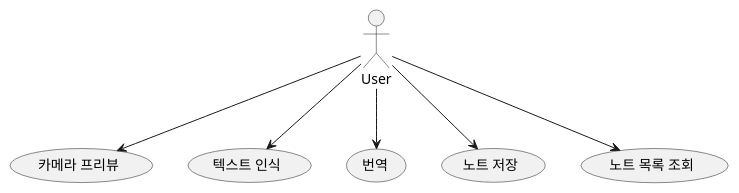
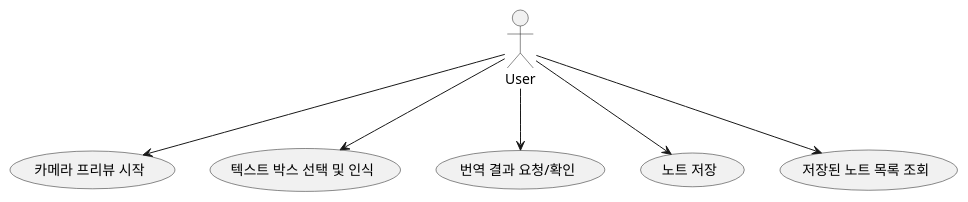
The diagram in docs/usecase.puml (chr-kim/CodexLens), drawn with PlantUML before and after one commit. The commit also changed 11 other files, not shown here.

First line of the commit message:
Docs: README 및 다이어그램 업데이트, KDoc 주석 추가

```diff
--- a/docs/usecase.puml
+++ b/docs/usecase.puml
@@ -1,8 +1,9 @@
 @startuml
 actor User
-User --> (카메라 프리뷰)
-User --> (텍스트 인식)
-User --> (번역)
+
+User --> (카메라 프리뷰 시작)
+User --> (텍스트 박스 선택 및 인식)
+User --> (번역 결과 요청/확인)
 User --> (노트 저장)
-User --> (노트 목록 조회)
+User --> (저장된 노트 목록 조회)
 @enduml
```
